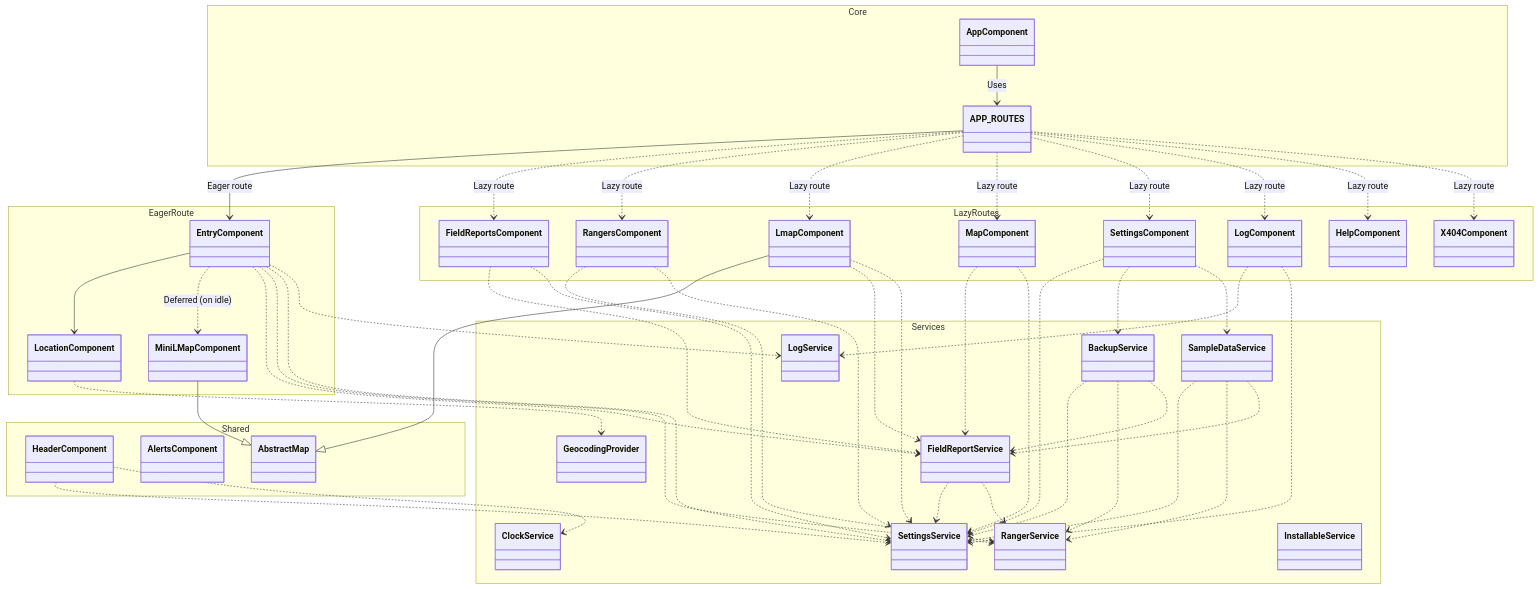
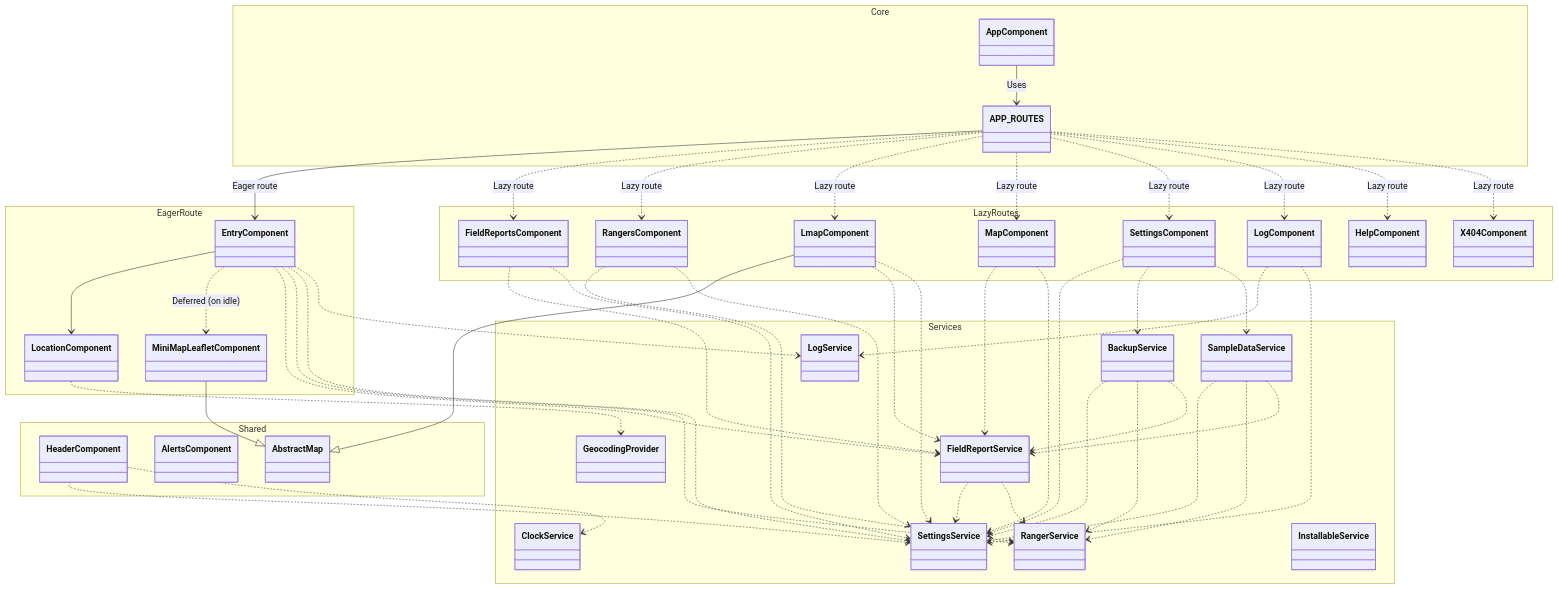
Before and after one commit to EOCOnline/rangertrak: the diagram in ARCHITECTURE.md, drawn with Mermaid. The commit also changed other lines of this file and 23 other files, not shown here.

Commit message:
rename mapL to mapLeaflet

```diff
--- a/ARCHITECTURE.md
+++ b/ARCHITECTURE.md
@@ -239,7 +239,7 @@
     namespace EagerRoute {
         class EntryComponent
         class LocationComponent
-        class MiniLMapComponent
+        class MiniMapLeafletComponent
     }
 
     namespace LazyRoutes {
@@ -284,7 +284,7 @@
     APP_ROUTES ..> X404Component : Lazy route
 
     EntryComponent --> LocationComponent
-    EntryComponent ..> MiniLMapComponent : Deferred (on idle)
+    EntryComponent ..> MiniMapLeafletComponent : Deferred (on idle)
     EntryComponent ..> FieldReportService
     EntryComponent ..> RangerService
     EntryComponent ..> SettingsService
@@ -292,7 +292,7 @@
 
     LocationComponent ..> GeocodingProvider
 
-    MiniLMapComponent --|> AbstractMap
+    MiniMapLeafletComponent --|> AbstractMap
     LmapComponent --|> AbstractMap
 
     FieldReportsComponent ..> FieldReportService
```
